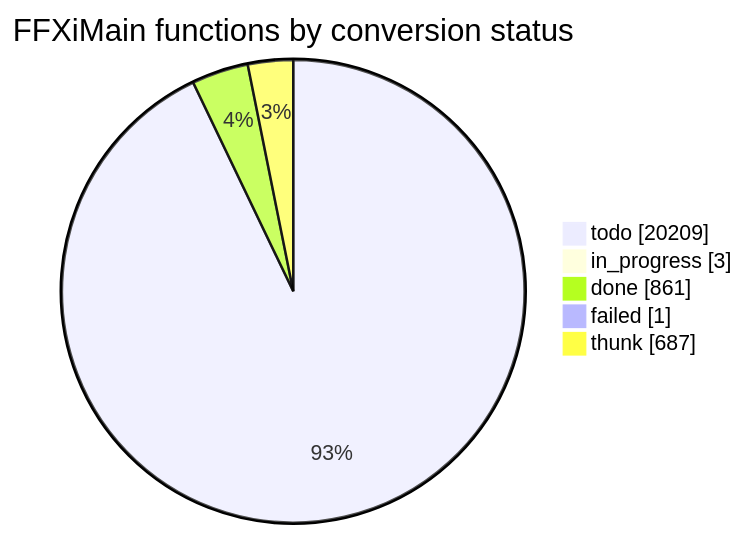
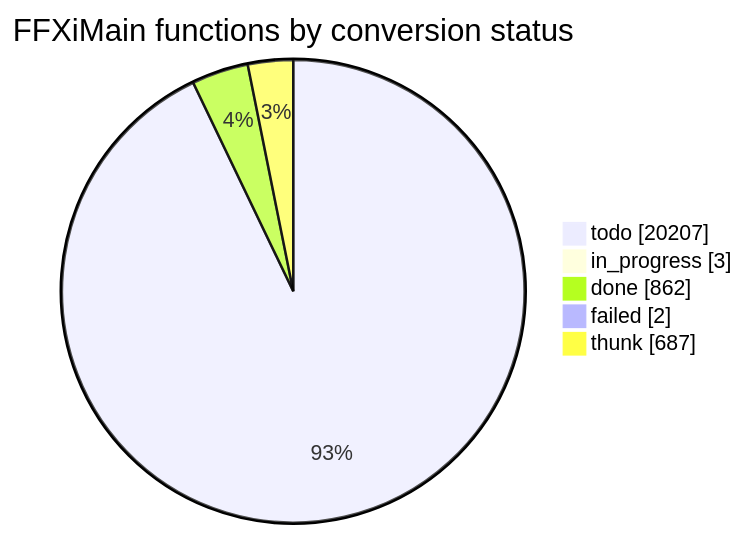
Before and after one commit to cowrevenge/cow_kuluu_xi_anything: the diagram in docs/cow/STATUS.md, drawn with Mermaid. The commit also changed other lines of this file and 9 other files, not shown here.

````diff
--- a/docs/cow/STATUS.md
+++ b/docs/cow/STATUS.md
@@ -18,9 +18,9 @@
 ```mermaid
 pie showData
     title FFXiMain functions by conversion status
-    "todo" : 20209
+    "todo" : 20207
     "in_progress" : 3
-    "done" : 861
-    "failed" : 1
+    "done" : 862
+    "failed" : 2
     "thunk" : 687
 ```
````
